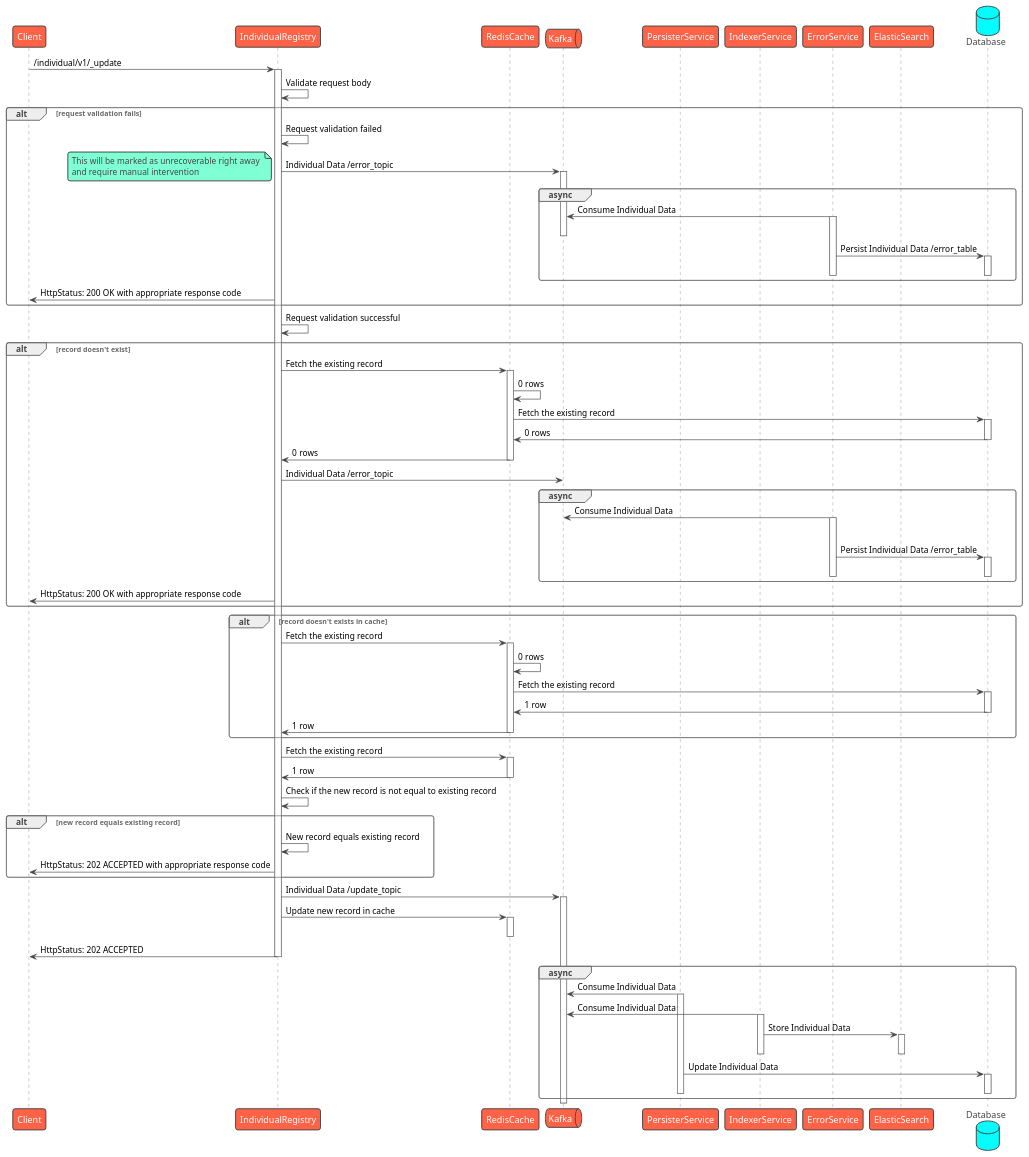
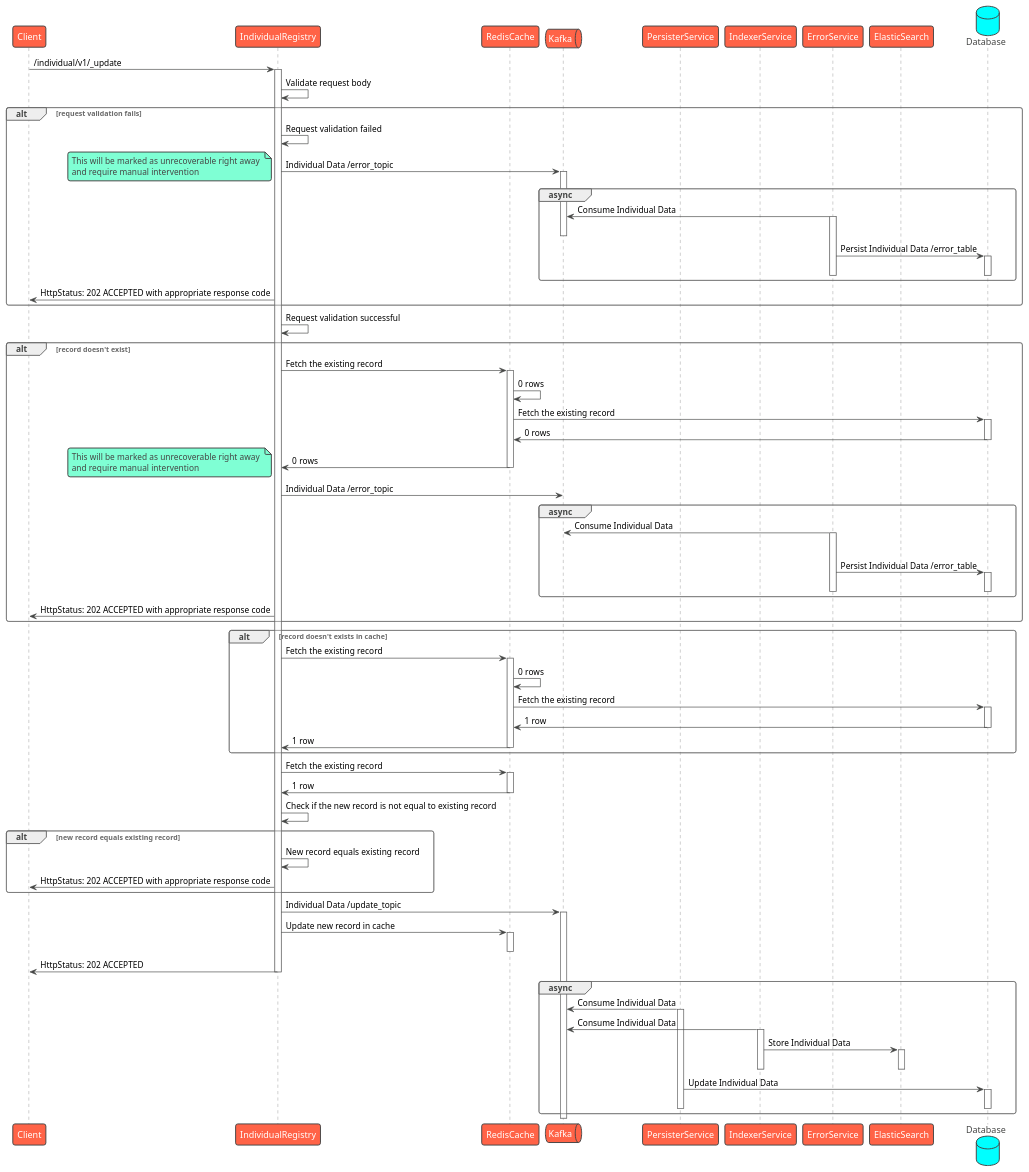
Before and after one commit to egovernments/health-api-specs: the diagram in contracts/registries/individual/sequence/update.puml, drawn with PlantUML. The commit also changed 3 other files, not shown here.

Commit message:
Sequence: Reverting back to 202 ACCEPTED

```diff
--- a/contracts/registries/individual/sequence/update.puml
+++ b/contracts/registries/individual/sequence/update.puml
@@ -1,99 +1,103 @@
 @startuml Individual Registry - Update
 !theme vibrant
 participant Client as c
 participant IndividualRegistry as ir
 participant RedisCache as rc
 queue Kafka as k
 participant PersisterService as prs
 participant IndexerService as idx
 participant ErrorService as es
 participant ElasticSearch as el
 database Database as db
 c -> ir : /individual/v1/_update
 activate ir
 ir -> ir: Validate request body
 alt request validation fails
     ir -> ir: Request validation failed
     ir -> k: Individual Data /error_topic
     note left
         This will be marked as unrecoverable right away 
         and require manual intervention
     end note
     activate k
     group async
         es -> k: Consume Individual Data
         activate es
         deactivate k
         es -> db: Persist Individual Data /error_table
         activate db
         deactivate db
         deactivate es
     end
-    ir -> c: HttpStatus: 200 OK with appropriate response code
+    ir -> c: HttpStatus: 202 ACCEPTED with appropriate response code
 end
 ir -> ir: Request validation successful
 alt record doesn't exist
     ir -> rc: Fetch the existing record
     activate rc
     rc -> rc: 0 rows
     rc -> db: Fetch the existing record
     activate db
     db -> rc: 0 rows
     deactivate db
     rc -> ir: 0 rows
     deactivate rc
+    note left
+        This will be marked as unrecoverable right away 
+        and require manual intervention
+    end note
     ir -> k: Individual Data /error_topic
     group async
         es -> k: Consume Individual Data
         activate es
         deactivate k
         es -> db: Persist Individual Data /error_table
         activate db
         deactivate db
         deactivate es
     end
-    ir -> c: HttpStatus: 200 OK with appropriate response code
+    ir -> c: HttpStatus: 202 ACCEPTED with appropriate response code
 end
 alt record doesn't exists in cache
     ir -> rc: Fetch the existing record
     activate rc
     rc -> rc: 0 rows
     rc -> db: Fetch the existing record
     activate db
     db -> rc: 1 row
     deactivate db
     rc -> ir: 1 row
     deactivate rc
 end
 ir -> rc: Fetch the existing record
 activate rc
 rc -> ir: 1 row
 deactivate rc
 ir -> ir: Check if the new record is not equal to existing record
 alt new record equals existing record
     ir -> ir: New record equals existing record
     ir -> c: HttpStatus: 202 ACCEPTED with appropriate response code
 end
 ir -> k: Individual Data /update_topic
 activate k
 ir -> rc: Update new record in cache
 activate rc
 deactivate rc
 ir -> c: HttpStatus: 202 ACCEPTED
 deactivate ir
 group async
     prs -> k: Consume Individual Data
     activate prs
     idx -> k: Consume Individual Data
     activate idx
     idx -> el: Store Individual Data
     activate el
     deactivate el
     deactivate idx
     prs -> db: Update Individual Data
     activate db
     deactivate db
     deactivate prs
 end
 deactivate k
 @enduml
```
